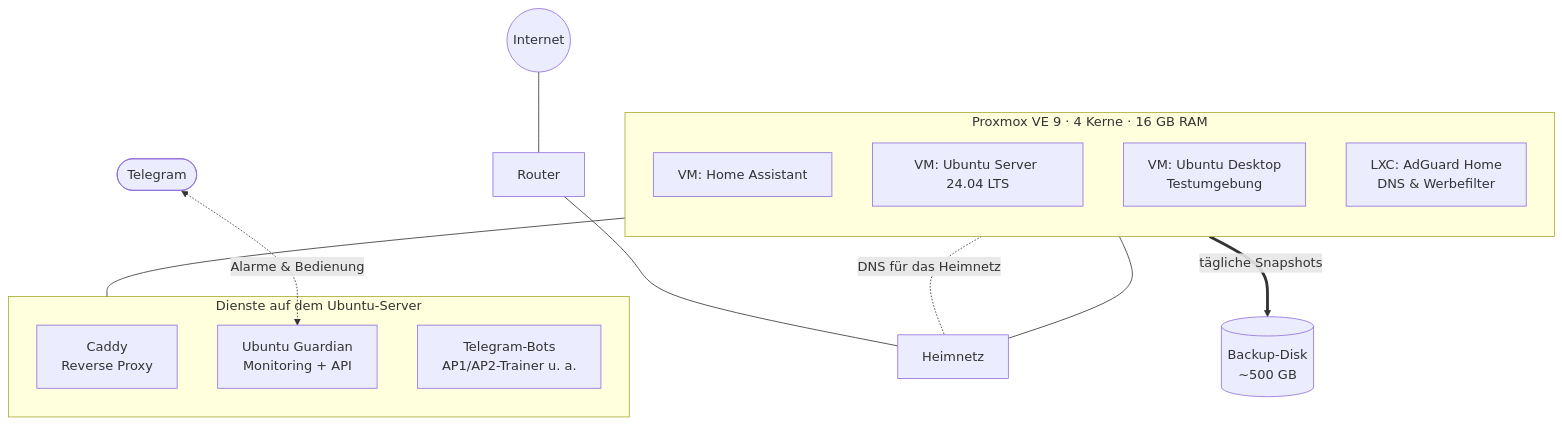
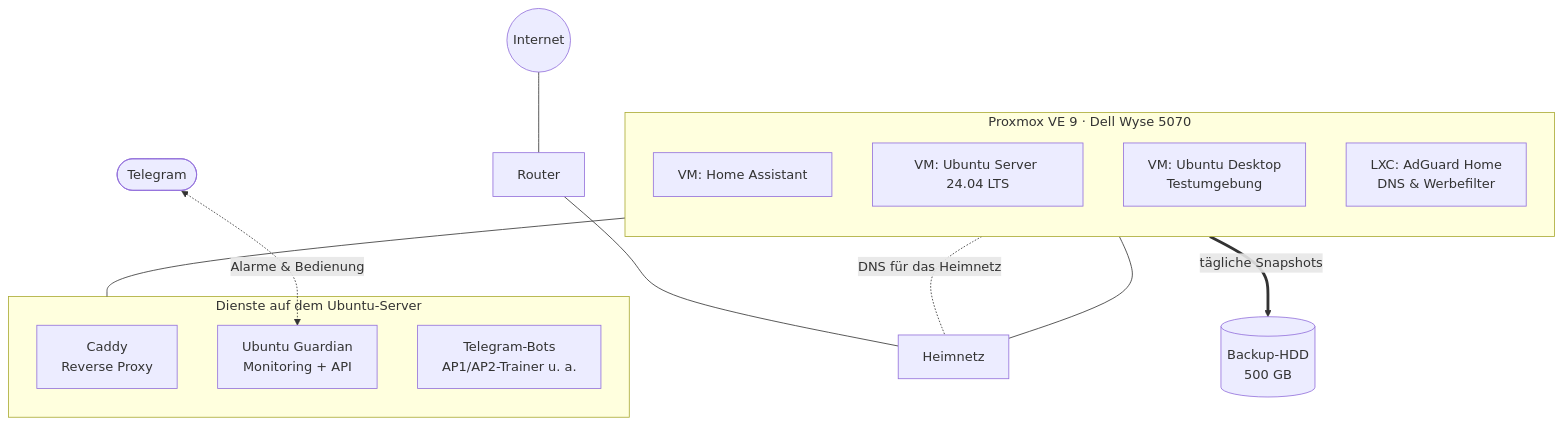
Before and after one commit to eazzy1989/homelab: the diagram in README.md, drawn with Mermaid. The commit also changed other lines of this file, not shown here.

````diff
--- a/README.md
+++ b/README.md
@@ -9,28 +9,28 @@
 ```mermaid
 flowchart TB
     INET((Internet)) --- ROUTER[Router]
     ROUTER --- LAN[Heimnetz]
 
-    subgraph PVE[Proxmox VE 9 · 4 Kerne · 16 GB RAM]
+    subgraph PVE[Proxmox VE 9 · Dell Wyse 5070]
         direction TB
         HA[VM: Home Assistant]
         UBU[VM: Ubuntu Server 24.04 LTS]
         DESK[VM: Ubuntu Desktop<br/>Testumgebung]
         ADG[LXC: AdGuard Home<br/>DNS & Werbefilter]
     end
 
     LAN --- PVE
     ADG -. DNS für das Heimnetz .- LAN
 
     subgraph SRV[Dienste auf dem Ubuntu-Server]
         CADDY[Caddy<br/>Reverse Proxy]
         GUARD[Ubuntu Guardian<br/>Monitoring + API]
         BOTS[Telegram-Bots<br/>AP1/AP2-Trainer u. a.]
     end
     UBU --- SRV
 
-    BK[(Backup-Disk<br/>~500 GB)]
+    BK[(Backup-HDD<br/>500 GB)]
     PVE == tägliche Snapshots ==> BK
 
     TG([Telegram]) <-. Alarme & Bedienung .-> GUARD
 ```
````
